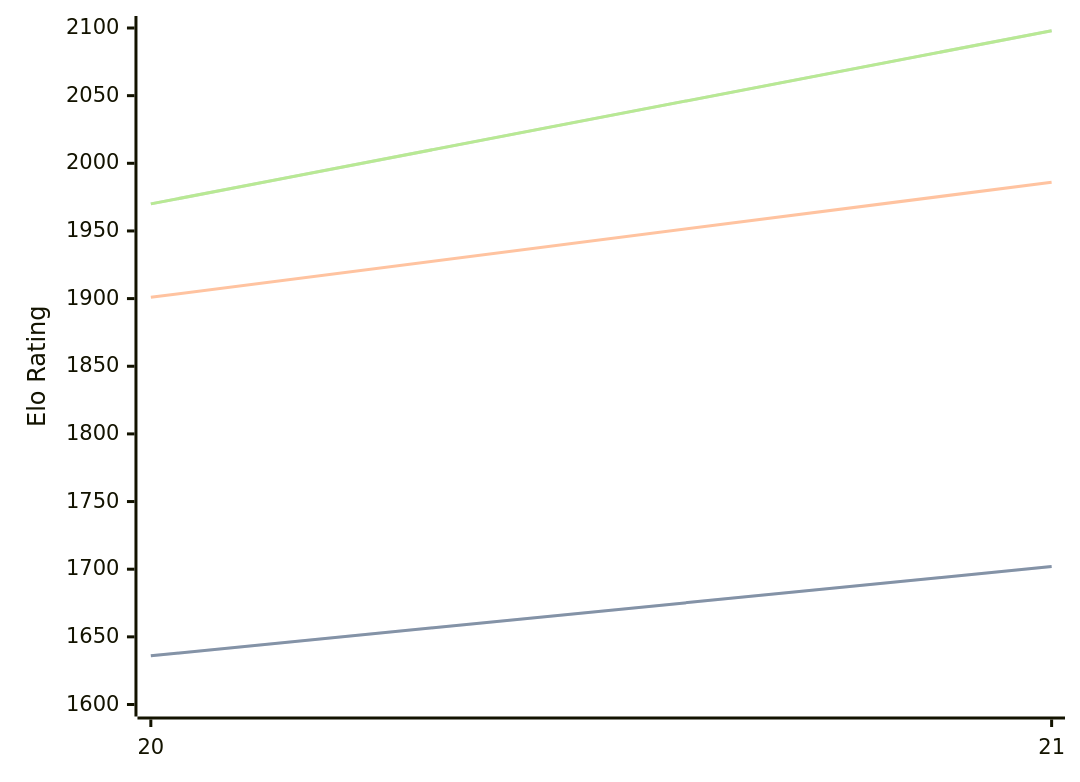
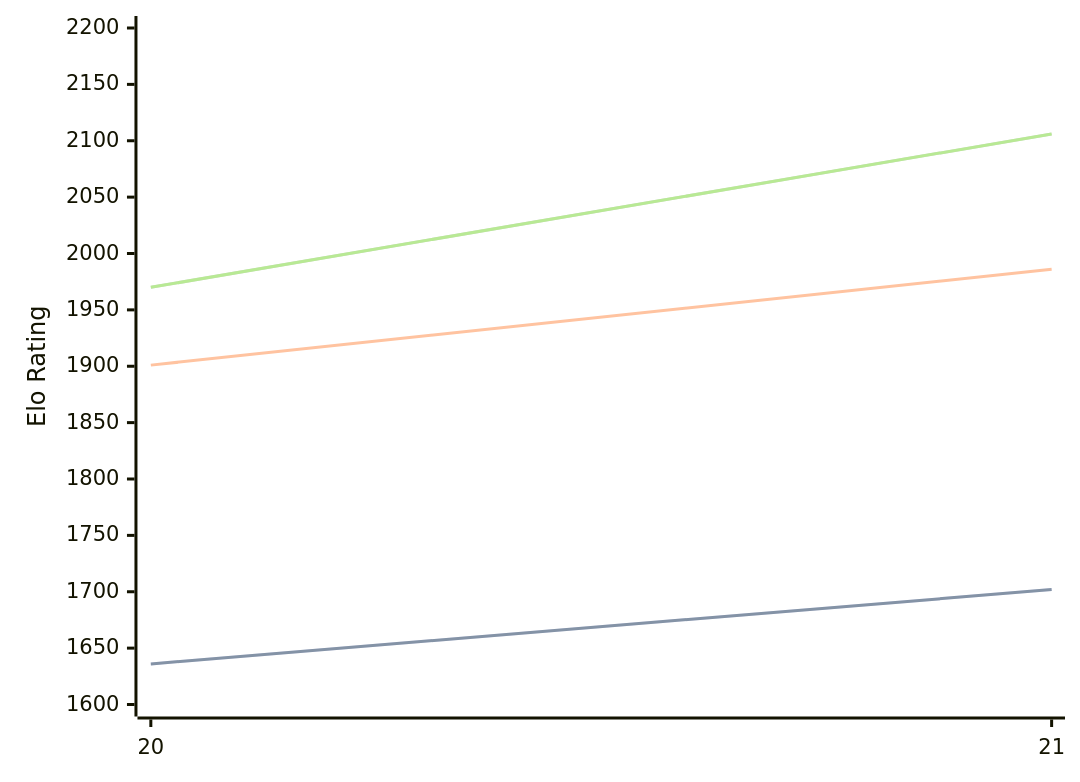
The third of 3 diagrams in engines/PurplePanda.md (computer-chess-index/cci), drawn with Mermaid before and after one commit. The commit also changed other lines of this file, not shown here.

Commit message:
Update CCI Ratings (ELO VLTC) - 2026-07-18

````diff
--- a/engines/PurplePanda.md
+++ b/engines/PurplePanda.md
@@ -73,11 +73,11 @@
 ```mermaid
 %%{init: {"theme":"base","themeVariables":{"seriesColors:['#a3a3a3','#222221','#faa371']}}}%%
 xychart-beta
   x-axis ["20", "21"]
-  y-axis "Elo Rating" 1600 --> 2100
+  y-axis "Elo Rating" 1600 --> 2200
   line "STC (8.0+0.08s)" [1636, 1702]
   line "STC (8.0+0.08s)" [1636, 1702]
   line "LTC (60.0+0.60s)" [1901, 1986]
-  line "VLTC (2m24s+1.12s)" [1970, 2098]
-  line "VLTC (2m24s+1.12s)" [1970, 2098]
+  line "VLTC (2m24s+1.12s)" [1970, 2106]
+  line "VLTC (2m24s+1.12s)" [1970, 2106]
 ```
````
